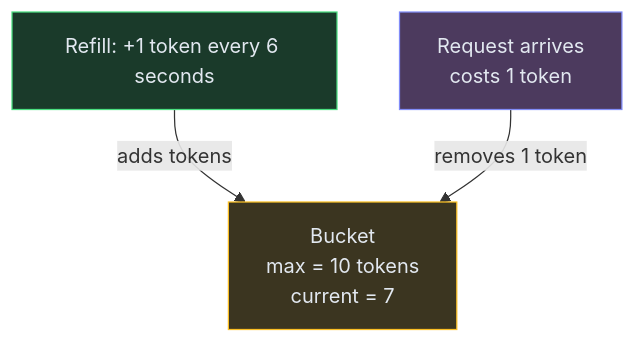
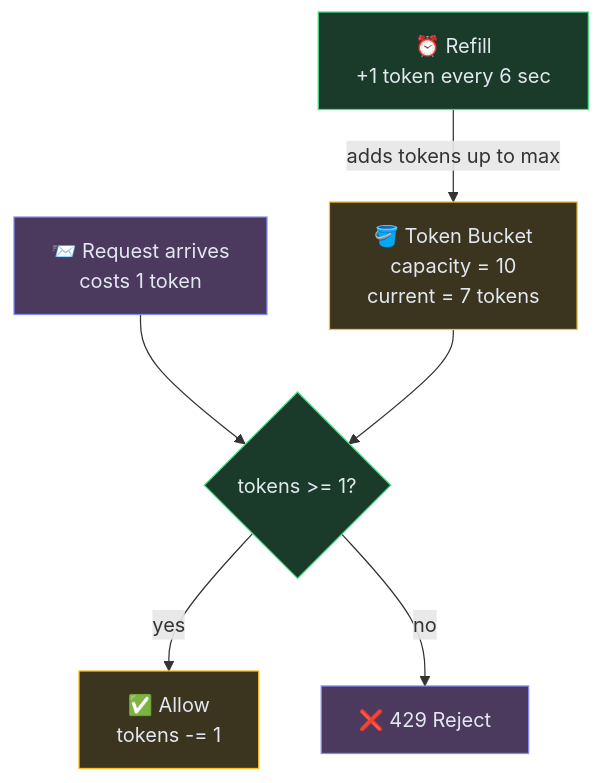
The sixth of 15 diagrams in content/hld/RateLimiter.md (iluzn/HLD-Designs), drawn with Mermaid before and after one commit. The commit also changed other lines of this file, not shown here.

Commit message:
content: rewrite rate limiter algorithms section with detailed explanations, examples, and Leaky Bucket

````diff
--- a/content/hld/RateLimiter.md
+++ b/content/hld/RateLimiter.md
@@ -192,13 +331,19 @@
 ```mermaid
 flowchart TD
-    BUCKET["Bucket<br/>max = 10 tokens<br/>current = 7"]:::data
-    REFILL["Refill: +1 token every 6 seconds"]:::service
-    REQ["Request arrives<br/>costs 1 token"]:::client
+    BUCKET["🪣 Token Bucket<br/>capacity = 10<br/>current = 7 tokens"]:::data
+    REFILL["⏰ Refill<br/>+1 token every 6 sec"]:::service
+    REQ["📨 Request arrives<br/>costs 1 token"]:::client
+    CHECK{"tokens >= 1?"}:::service
+    ALLOW["✅ Allow<br/>tokens -= 1"]:::data
+    REJECT["❌ 429 Reject"]:::client
 
-    REFILL -->|"adds tokens"| BUCKET
-    REQ -->|"removes 1 token"| BUCKET
+    REFILL -->|"adds tokens up to max"| BUCKET
+    REQ --> CHECK
+    CHECK -->|"yes"| ALLOW
+    CHECK -->|"no"| REJECT
+    BUCKET --> CHECK
 
     classDef client fill:#4c3a5e,stroke:#818cf8,color:#e2e8f0
     classDef service fill:#1a3a2a,stroke:#4ade80,color:#e2e8f0
     classDef data fill:#3b3520,stroke:#fbbf24,color:#e2e8f0
 ```
````
